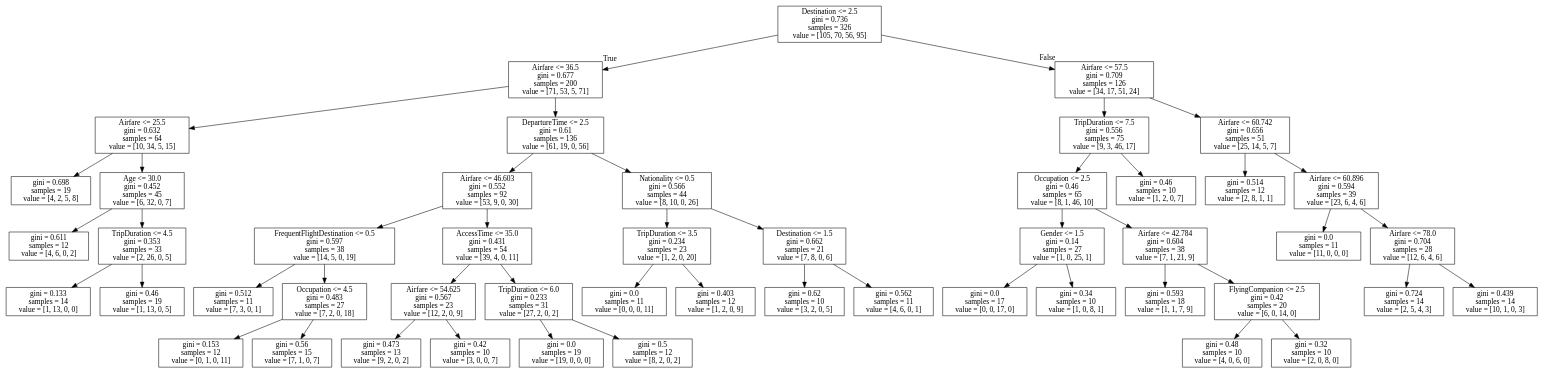
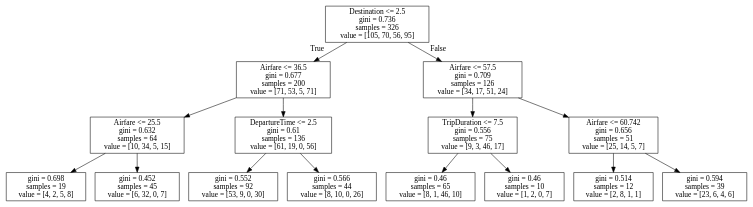
One commit to haoditu/BUAN_5310_ML changed the diagram in Dtree_airline_1.dot. Above: the diagram before and after it, drawn with Graphviz. The commit also changed 1 other file, not shown here.

```diff
--- a/Dtree_airline_1.dot
+++ b/Dtree_airline_1.dot
@@ -1,100 +1,32 @@
 digraph Tree {
 node [shape=box] ;
 0 [label="Destination <= 2.5\ngini = 0.736\nsamples = 326\nvalue = [105, 70, 56, 95]"] ;
 1 [label="Airfare <= 36.5\ngini = 0.677\nsamples = 200\nvalue = [71, 53, 5, 71]"] ;
 0 -> 1 [labeldistance=2.5, labelangle=45, headlabel="True"] ;
 2 [label="Airfare <= 25.5\ngini = 0.632\nsamples = 64\nvalue = [10, 34, 5, 15]"] ;
 1 -> 2 ;
 3 [label="gini = 0.698\nsamples = 19\nvalue = [4, 2, 5, 8]"] ;
 2 -> 3 ;
-4 [label="Age <= 30.0\ngini = 0.452\nsamples = 45\nvalue = [6, 32, 0, 7]"] ;
+4 [label="gini = 0.452\nsamples = 45\nvalue = [6, 32, 0, 7]"] ;
 2 -> 4 ;
-5 [label="gini = 0.611\nsamples = 12\nvalue = [4, 6, 0, 2]"] ;
-4 -> 5 ;
-6 [label="TripDuration <= 4.5\ngini = 0.353\nsamples = 33\nvalue = [2, 26, 0, 5]"] ;
-4 -> 6 ;
-7 [label="gini = 0.133\nsamples = 14\nvalue = [1, 13, 0, 0]"] ;
-6 -> 7 ;
-8 [label="gini = 0.46\nsamples = 19\nvalue = [1, 13, 0, 5]"] ;
-6 -> 8 ;
-9 [label="DepartureTime <= 2.5\ngini = 0.61\nsamples = 136\nvalue = [61, 19, 0, 56]"] ;
-1 -> 9 ;
-10 [label="Airfare <= 46.603\ngini = 0.552\nsamples = 92\nvalue = [53, 9, 0, 30]"] ;
+5 [label="DepartureTime <= 2.5\ngini = 0.61\nsamples = 136\nvalue = [61, 19, 0, 56]"] ;
+1 -> 5 ;
+6 [label="gini = 0.552\nsamples = 92\nvalue = [53, 9, 0, 30]"] ;
+5 -> 6 ;
+7 [label="gini = 0.566\nsamples = 44\nvalue = [8, 10, 0, 26]"] ;
+5 -> 7 ;
+8 [label="Airfare <= 57.5\ngini = 0.709\nsamples = 126\nvalue = [34, 17, 51, 24]"] ;
+0 -> 8 [labeldistance=2.5, labelangle=-45, headlabel="False"] ;
+9 [label="TripDuration <= 7.5\ngini = 0.556\nsamples = 75\nvalue = [9, 3, 46, 17]"] ;
+8 -> 9 ;
+10 [label="gini = 0.46\nsamples = 65\nvalue = [8, 1, 46, 10]"] ;
 9 -> 10 ;
-11 [label="FrequentFlightDestination <= 0.5\ngini = 0.597\nsamples = 38\nvalue = [14, 5, 0, 19]"] ;
-10 -> 11 ;
-12 [label="gini = 0.512\nsamples = 11\nvalue = [7, 3, 0, 1]"] ;
-11 -> 12 ;
-13 [label="Occupation <= 4.5\ngini = 0.483\nsamples = 27\nvalue = [7, 2, 0, 18]"] ;
-11 -> 13 ;
-14 [label="gini = 0.153\nsamples = 12\nvalue = [0, 1, 0, 11]"] ;
-13 -> 14 ;
-15 [label="gini = 0.56\nsamples = 15\nvalue = [7, 1, 0, 7]"] ;
-13 -> 15 ;
-16 [label="AccessTime <= 35.0\ngini = 0.431\nsamples = 54\nvalue = [39, 4, 0, 11]"] ;
-10 -> 16 ;
-17 [label="Airfare <= 54.625\ngini = 0.567\nsamples = 23\nvalue = [12, 2, 0, 9]"] ;
-16 -> 17 ;
-18 [label="gini = 0.473\nsamples = 13\nvalue = [9, 2, 0, 2]"] ;
-17 -> 18 ;
-19 [label="gini = 0.42\nsamples = 10\nvalue = [3, 0, 0, 7]"] ;
-17 -> 19 ;
-20 [label="TripDuration <= 6.0\ngini = 0.233\nsamples = 31\nvalue = [27, 2, 0, 2]"] ;
-16 -> 20 ;
-21 [label="gini = 0.0\nsamples = 19\nvalue = [19, 0, 0, 0]"] ;
-20 -> 21 ;
-22 [label="gini = 0.5\nsamples = 12\nvalue = [8, 2, 0, 2]"] ;
-20 -> 22 ;
-23 [label="Nationality <= 0.5\ngini = 0.566\nsamples = 44\nvalue = [8, 10, 0, 26]"] ;
-9 -> 23 ;
-24 [label="TripDuration <= 3.5\ngini = 0.234\nsamples = 23\nvalue = [1, 2, 0, 20]"] ;
-23 -> 24 ;
-25 [label="gini = 0.0\nsamples = 11\nvalue = [0, 0, 0, 11]"] ;
-24 -> 25 ;
-26 [label="gini = 0.403\nsamples = 12\nvalue = [1, 2, 0, 9]"] ;
-24 -> 26 ;
-27 [label="Destination <= 1.5\ngini = 0.662\nsamples = 21\nvalue = [7, 8, 0, 6]"] ;
-23 -> 27 ;
-28 [label="gini = 0.62\nsamples = 10\nvalue = [3, 2, 0, 5]"] ;
-27 -> 28 ;
-29 [label="gini = 0.562\nsamples = 11\nvalue = [4, 6, 0, 1]"] ;
-27 -> 29 ;
-30 [label="Airfare <= 57.5\ngini = 0.709\nsamples = 126\nvalue = [34, 17, 51, 24]"] ;
-0 -> 30 [labeldistance=2.5, labelangle=-45, headlabel="False"] ;
-31 [label="TripDuration <= 7.5\ngini = 0.556\nsamples = 75\nvalue = [9, 3, 46, 17]"] ;
-30 -> 31 ;
-32 [label="Occupation <= 2.5\ngini = 0.46\nsamples = 65\nvalue = [8, 1, 46, 10]"] ;
-31 -> 32 ;
-33 [label="Gender <= 1.5\ngini = 0.14\nsamples = 27\nvalue = [1, 0, 25, 1]"] ;
-32 -> 33 ;
-34 [label="gini = 0.0\nsamples = 17\nvalue = [0, 0, 17, 0]"] ;
-33 -> 34 ;
-35 [label="gini = 0.34\nsamples = 10\nvalue = [1, 0, 8, 1]"] ;
-33 -> 35 ;
-36 [label="Airfare <= 42.784\ngini = 0.604\nsamples = 38\nvalue = [7, 1, 21, 9]"] ;
-32 -> 36 ;
-37 [label="gini = 0.593\nsamples = 18\nvalue = [1, 1, 7, 9]"] ;
-36 -> 37 ;
-38 [label="FlyingCompanion <= 2.5\ngini = 0.42\nsamples = 20\nvalue = [6, 0, 14, 0]"] ;
-36 -> 38 ;
-39 [label="gini = 0.48\nsamples = 10\nvalue = [4, 0, 6, 0]"] ;
-38 -> 39 ;
-40 [label="gini = 0.32\nsamples = 10\nvalue = [2, 0, 8, 0]"] ;
-38 -> 40 ;
-41 [label="gini = 0.46\nsamples = 10\nvalue = [1, 2, 0, 7]"] ;
-31 -> 41 ;
-42 [label="Airfare <= 60.742\ngini = 0.656\nsamples = 51\nvalue = [25, 14, 5, 7]"] ;
-30 -> 42 ;
-43 [label="gini = 0.514\nsamples = 12\nvalue = [2, 8, 1, 1]"] ;
-42 -> 43 ;
-44 [label="Airfare <= 60.896\ngini = 0.594\nsamples = 39\nvalue = [23, 6, 4, 6]"] ;
-42 -> 44 ;
-45 [label="gini = 0.0\nsamples = 11\nvalue = [11, 0, 0, 0]"] ;
-44 -> 45 ;
-46 [label="Airfare <= 78.0\ngini = 0.704\nsamples = 28\nvalue = [12, 6, 4, 6]"] ;
-44 -> 46 ;
-47 [label="gini = 0.724\nsamples = 14\nvalue = [2, 5, 4, 3]"] ;
-46 -> 47 ;
-48 [label="gini = 0.439\nsamples = 14\nvalue = [10, 1, 0, 3]"] ;
-46 -> 48 ;
+11 [label="gini = 0.46\nsamples = 10\nvalue = [1, 2, 0, 7]"] ;
+9 -> 11 ;
+12 [label="Airfare <= 60.742\ngini = 0.656\nsamples = 51\nvalue = [25, 14, 5, 7]"] ;
+8 -> 12 ;
+13 [label="gini = 0.514\nsamples = 12\nvalue = [2, 8, 1, 1]"] ;
+12 -> 13 ;
+14 [label="gini = 0.594\nsamples = 39\nvalue = [23, 6, 4, 6]"] ;
+12 -> 14 ;
 }
```
